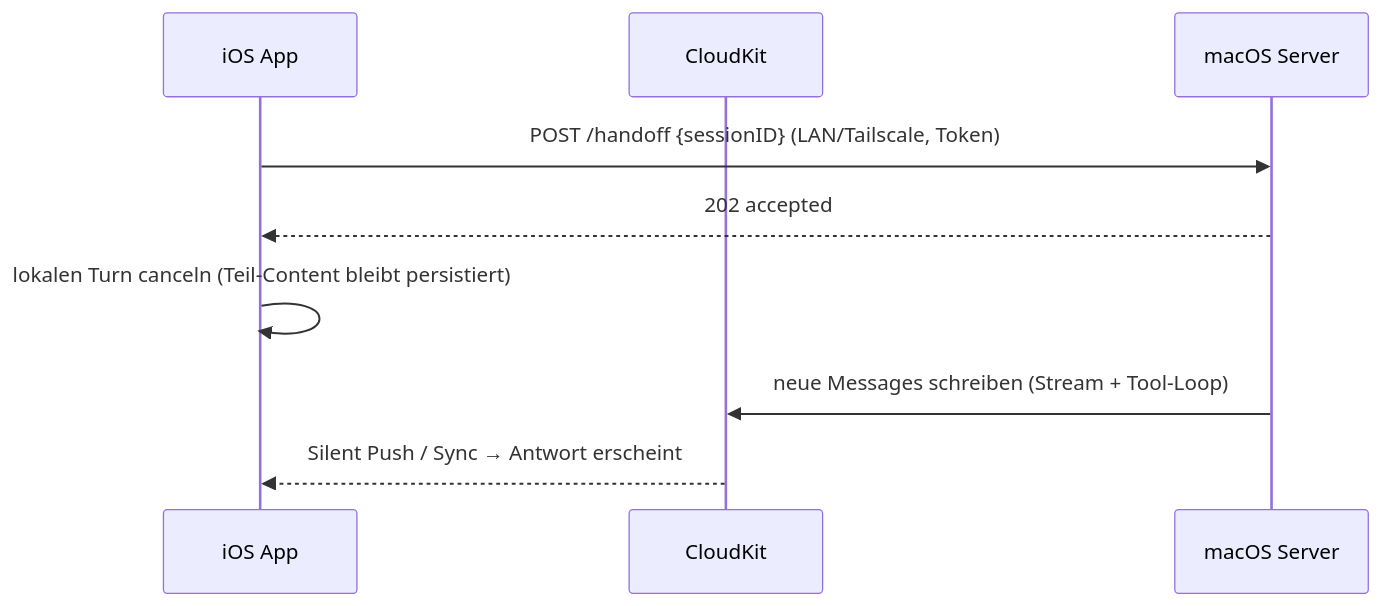
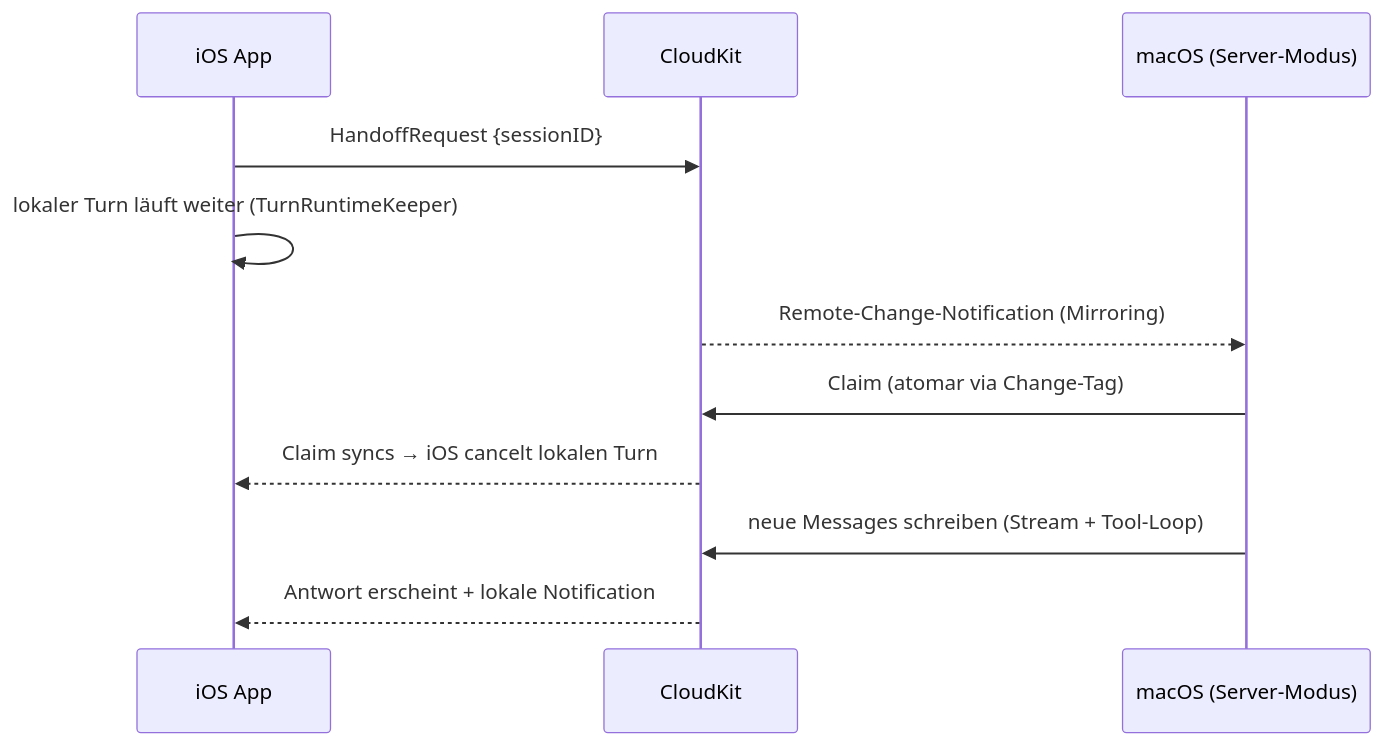
One commit to budoteam/chatter changed the diagram in SERVER-HANDOFF.md. Above: the diagram before and after it, drawn with Mermaid. The commit also changed other lines of this file, not shown here.

Commit message:
Server-Handoff-Plan: CloudKit als Steuerkanal statt eigenem Listener

````diff
--- a/SERVER-HANDOFF.md
+++ b/SERVER-HANDOFF.md
@@ -38,11 +35,13 @@
 ```mermaid
 sequenceDiagram
     participant iOS as iOS App
     participant CK as CloudKit
-    participant S as macOS Server
-    iOS->>S: POST /handoff {sessionID} (LAN/Tailscale, Token)
-    S-->>iOS: 202 accepted
-    iOS->>iOS: lokalen Turn canceln (Teil-Content bleibt persistiert)
+    participant S as macOS (Server-Modus)
+    iOS->>CK: HandoffRequest {sessionID}
+    iOS->>iOS: lokaler Turn läuft weiter (TurnRuntimeKeeper)
+    CK-->>S: Remote-Change-Notification (Mirroring)
+    S->>CK: Claim (atomar via Change-Tag)
+    CK-->>iOS: Claim syncs → iOS cancelt lokalen Turn
     S->>CK: neue Messages schreiben (Stream + Tool-Loop)
-    CK-->>iOS: Silent Push / Sync → Antwort erscheint
+    CK-->>iOS: Antwort erscheint + lokale Notification
 ```
````
